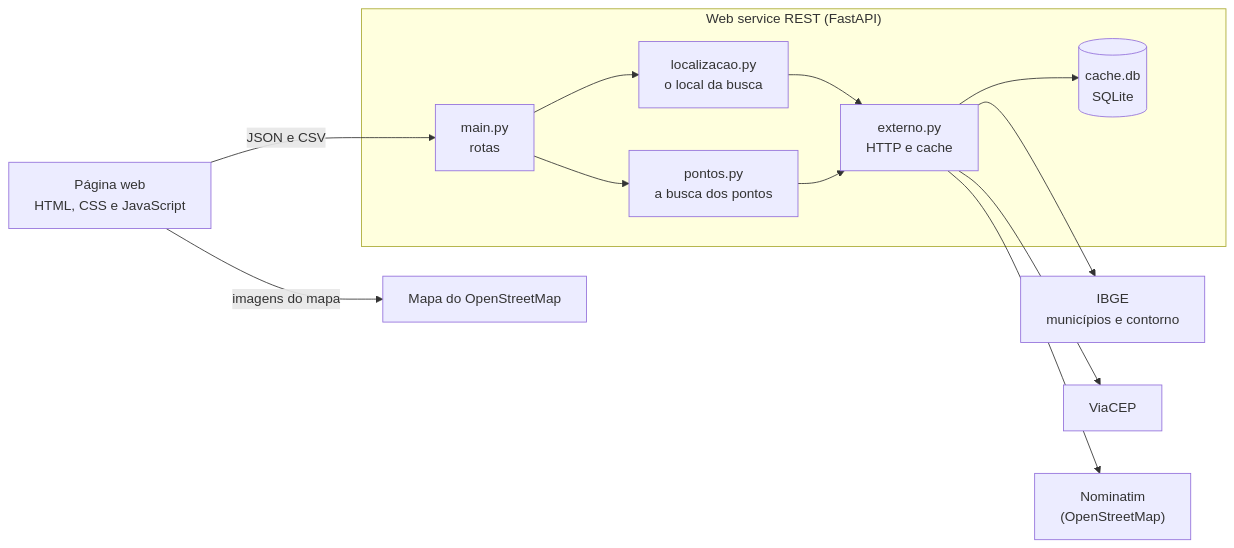
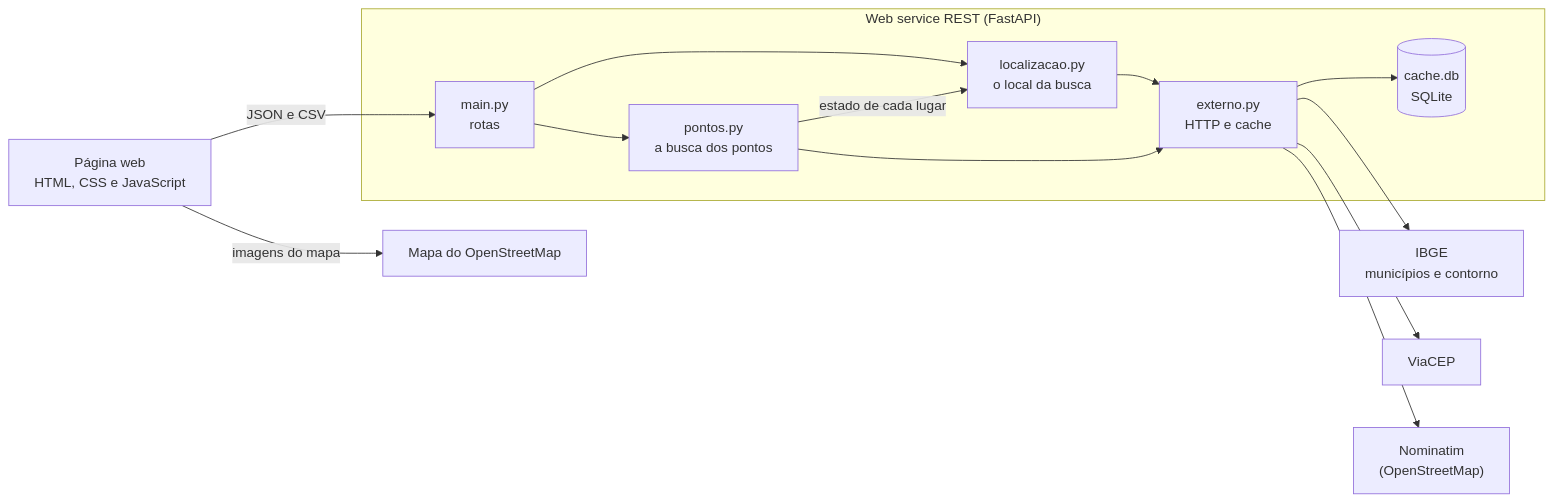
Before and after one commit to GustasSilva/residuogo: the first of 4 diagrams in docs/DIAGRAMAS.md, drawn with Mermaid. The commit also changed 2 other files, not shown here.

Commit message:
corrige detalhes da documentacao: versao do Python, o que fica de fora, cache e mapa sem internet

````diff
--- a/docs/DIAGRAMAS.md
+++ b/docs/DIAGRAMAS.md
@@ -7,28 +7,29 @@
 ```mermaid
 flowchart LR
     pagina["Página web<br/>HTML, CSS e JavaScript"]
 
     subgraph servico["Web service REST (FastAPI)"]
         main["main.py<br/>rotas"]
         pontos["pontos.py<br/>a busca dos pontos"]
         localizacao["localizacao.py<br/>o local da busca"]
         externo["externo.py<br/>HTTP e cache"]
         cache[("cache.db<br/>SQLite")]
     end
 
     ibge["IBGE<br/>municípios e contorno"]
     viacep["ViaCEP"]
     nominatim["Nominatim<br/>(OpenStreetMap)"]
     tiles["Mapa do OpenStreetMap"]
 
     pagina -- "JSON e CSV" --> main
     pagina -- "imagens do mapa" --> tiles
     main --> localizacao
     main --> pontos
+    pontos -- "estado de cada lugar" --> localizacao
     localizacao --> externo
     pontos --> externo
     externo --> cache
     externo --> ibge
     externo --> viacep
     externo --> nominatim
 ```
````
